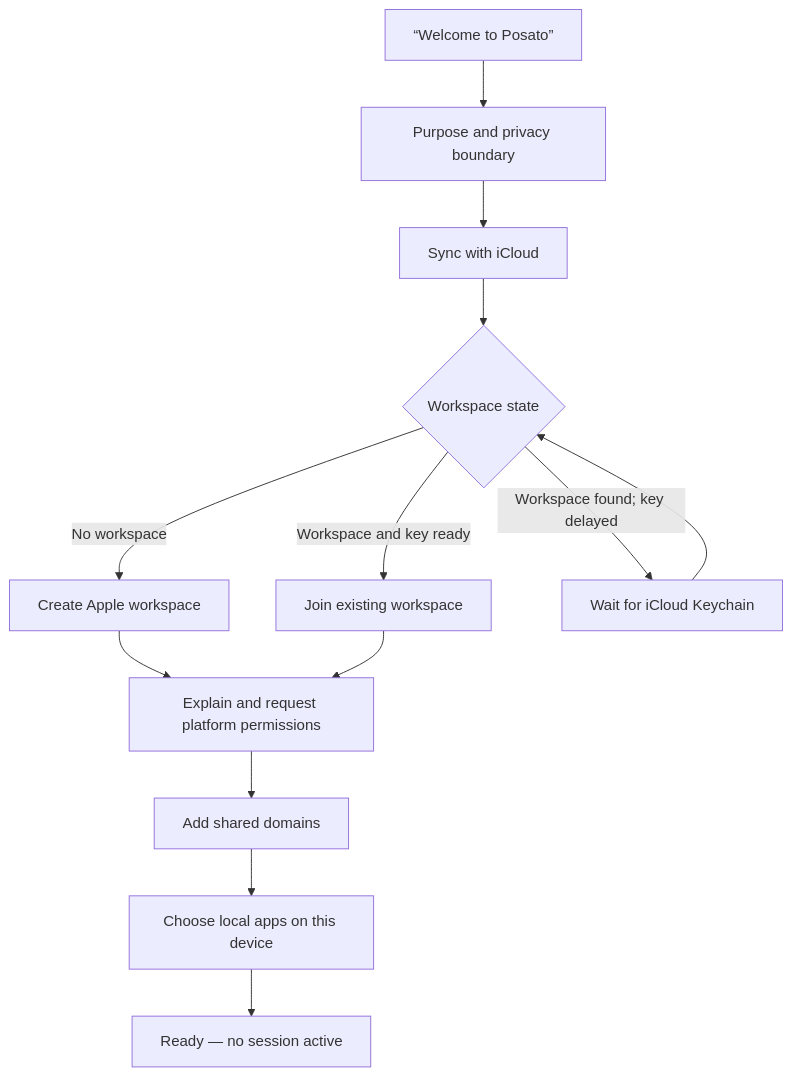
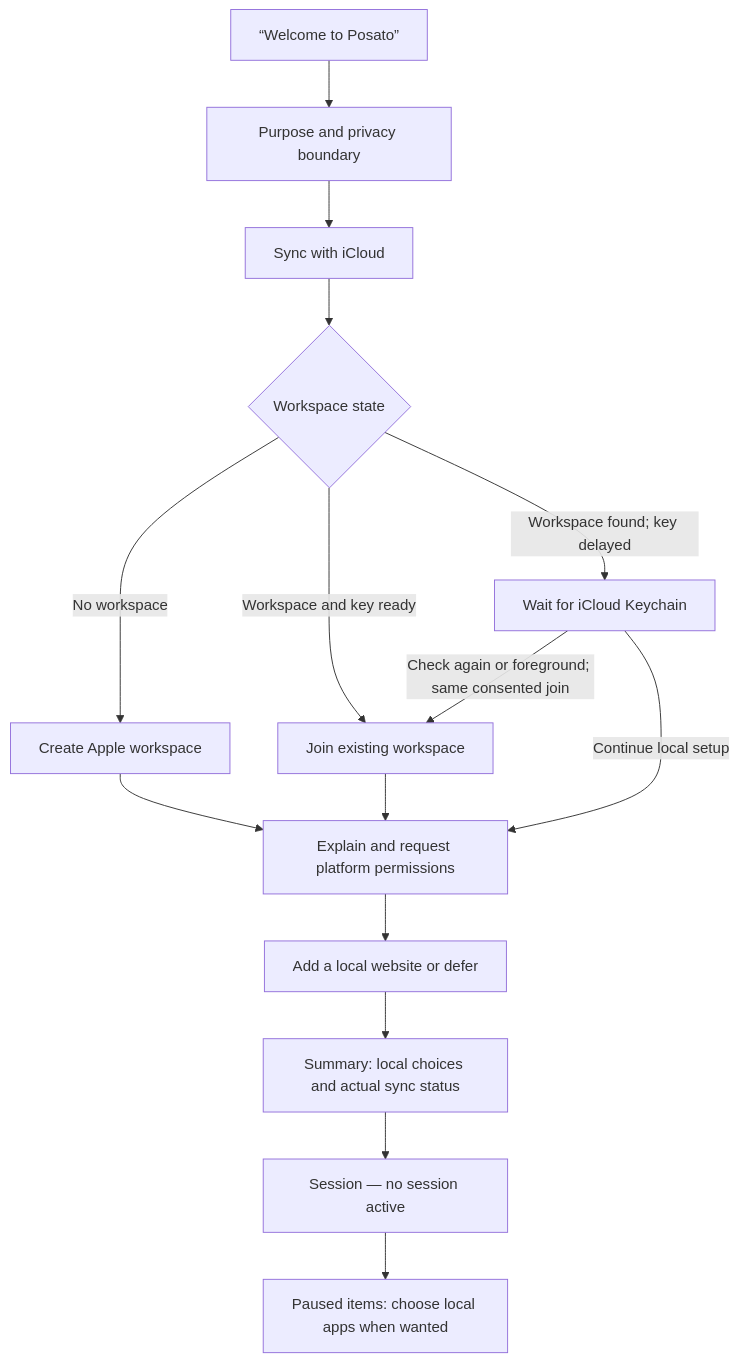
One commit to dees91/posato changed the first of 6 diagrams in docs/wiki/topics/brand-and-design-baseline.md. Above: the diagram before and after it, drawn with Mermaid. The commit also changed other lines of this file and 26 other files, not shown here.

````diff
--- a/docs/wiki/topics/brand-and-design-baseline.md
+++ b/docs/wiki/topics/brand-and-design-baseline.md
@@ -353,15 +367,17 @@
 ```mermaid
 flowchart TD
   A[“Welcome to Posato”] --> B[Purpose and privacy boundary]
   B --> C[Sync with iCloud]
   C --> D{Workspace state}
   D -->|No workspace| E[Create Apple workspace]
   D -->|Workspace and key ready| F[Join existing workspace]
   D -->|Workspace found; key delayed| G[Wait for iCloud Keychain]
-  G --> D
-  E --> H[Explain and request platform permissions]
+  G -->|Check again or foreground; same consented join| F
+  G -->|Continue local setup| H[Explain and request platform permissions]
+  E --> H
   F --> H
-  H --> I[Add shared domains]
-  I --> J[Choose local apps on this device]
-  J --> K[Ready — no session active]
+  H --> I[Add a local website or defer]
+  I --> J[Summary: local choices and actual sync status]
+  J --> K[Session — no session active]
+  K --> L[Paused items: choose local apps when wanted]
 ```
````
